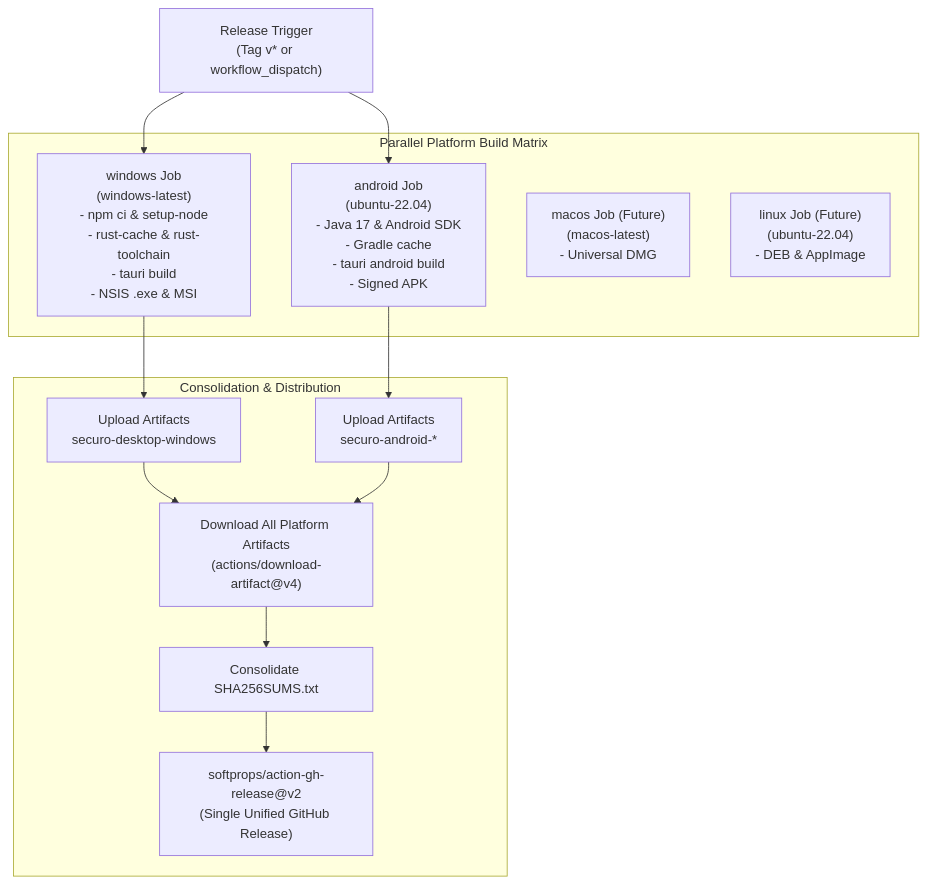
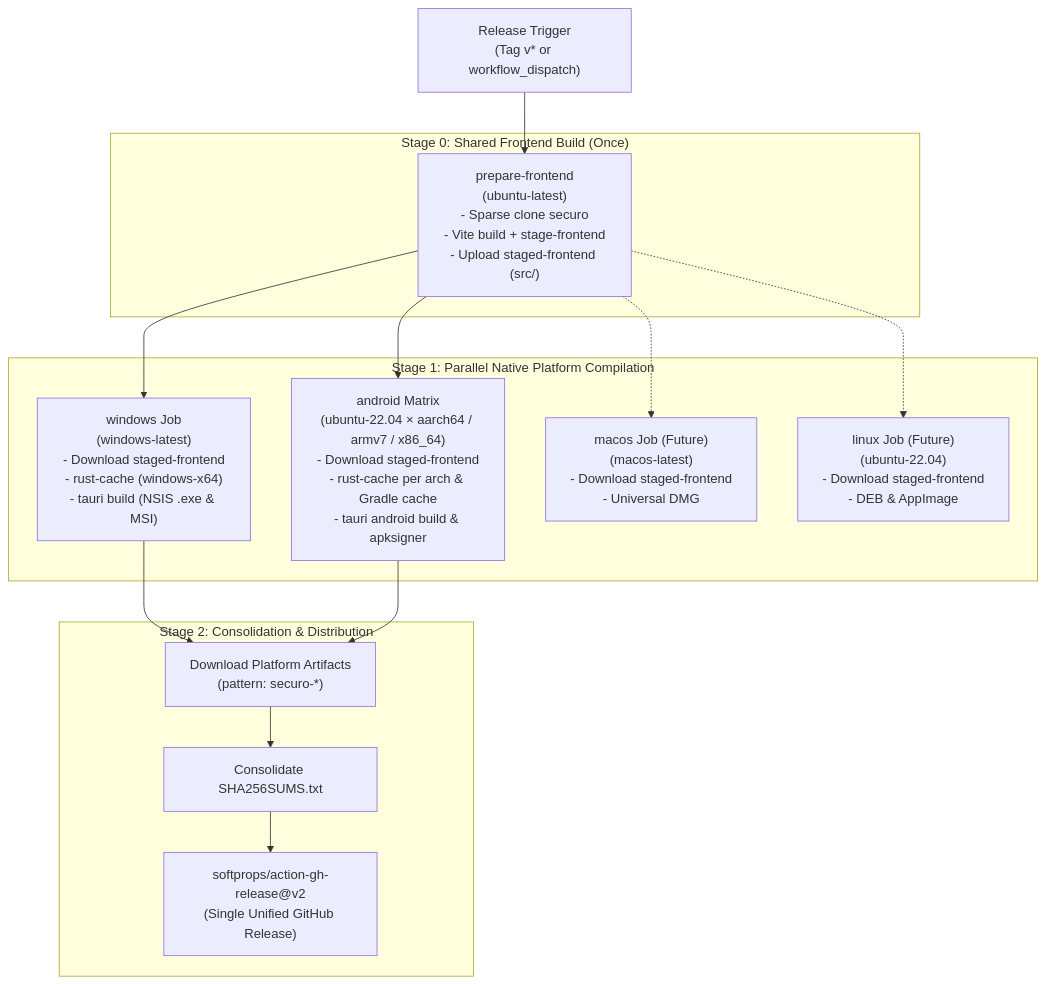
The fourth of 4 diagrams in ARCHITECTURE.md (Marcelo-maga/securo-client), drawn with Mermaid before and after one commit. The commit also changed other lines of this file and 2 other files, not shown here.

Commit message:
docs: align architecture pipeline diagram and contribution guidelines

````diff
--- a/ARCHITECTURE.md
+++ b/ARCHITECTURE.md
@@ -177,31 +179,33 @@
 ```mermaid
 flowchart TD
     Trigger["Release Trigger\n(Tag v* or workflow_dispatch)"]
 
-    subgraph BuildJobs["Parallel Platform Build Matrix"]
-        WindowsJob["windows Job\n(windows-latest)\n- npm ci & setup-node\n- rust-cache & rust-toolchain\n- tauri build\n- NSIS .exe & MSI"]
-        AndroidJob["android Job\n(ubuntu-22.04)\n- Java 17 & Android SDK\n- Gradle cache\n- tauri android build\n- Signed APK"]
-        MacOSJob["macos Job (Future)\n(macos-latest)\n- Universal DMG"]
-        LinuxJob["linux Job (Future)\n(ubuntu-22.04)\n- DEB & AppImage"]
+    subgraph Stage0["Stage 0: Shared Frontend Build (Once)"]
+        PrepJob["prepare-frontend\n(ubuntu-latest)\n- Sparse clone securo\n- Vite build + stage-frontend\n- Upload staged-frontend (src/)"]
     end
 
-    subgraph PublishJob["Consolidation & Distribution"]
-        UploadWin["Upload Artifacts\nsecuro-desktop-windows"]
-        UploadAnd["Upload Artifacts\nsecuro-android-*"]
-        DownloadAll["Download All Platform Artifacts\n(actions/download-artifact@v4)"]
+    subgraph BuildJobs["Stage 1: Parallel Native Platform Compilation"]
+        WindowsJob["windows Job\n(windows-latest)\n- Download staged-frontend\n- rust-cache (windows-x64)\n- tauri build (NSIS .exe & MSI)"]
+        AndroidJob["android Matrix\n(ubuntu-22.04 × aarch64 / armv7 / x86_64)\n- Download staged-frontend\n- rust-cache per arch & Gradle cache\n- tauri android build & apksigner"]
+        MacOSJob["macos Job (Future)\n(macos-latest)\n- Download staged-frontend\n- Universal DMG"]
+        LinuxJob["linux Job (Future)\n(ubuntu-22.04)\n- Download staged-frontend\n- DEB & AppImage"]
+    end
+
+    subgraph PublishJob["Stage 2: Consolidation & Distribution"]
+        DownloadAll["Download Platform Artifacts\n(pattern: securo-*)"]
         ConsolidateSums["Consolidate SHA256SUMS.txt"]
         GhRelease["softprops/action-gh-release@v2\n(Single Unified GitHub Release)"]
     end
 
-    Trigger --> WindowsJob
-    Trigger --> AndroidJob
+    Trigger --> PrepJob
+    PrepJob --> WindowsJob
+    PrepJob --> AndroidJob
+    PrepJob -.-> MacOSJob
+    PrepJob -.-> LinuxJob
 
-    WindowsJob --> UploadWin
-    AndroidJob --> UploadAnd
-
-    UploadWin --> DownloadAll
-    UploadAnd --> DownloadAll
+    WindowsJob --> DownloadAll
+    AndroidJob --> DownloadAll
 
     DownloadAll --> ConsolidateSums
     ConsolidateSums --> GhRelease
 ```
````
